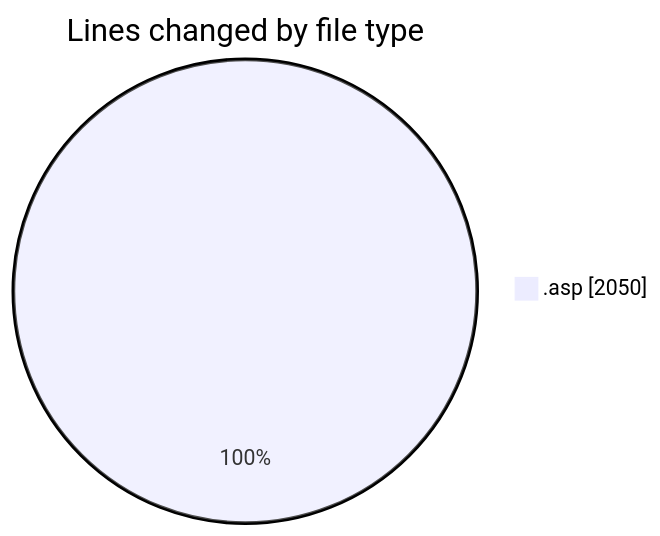
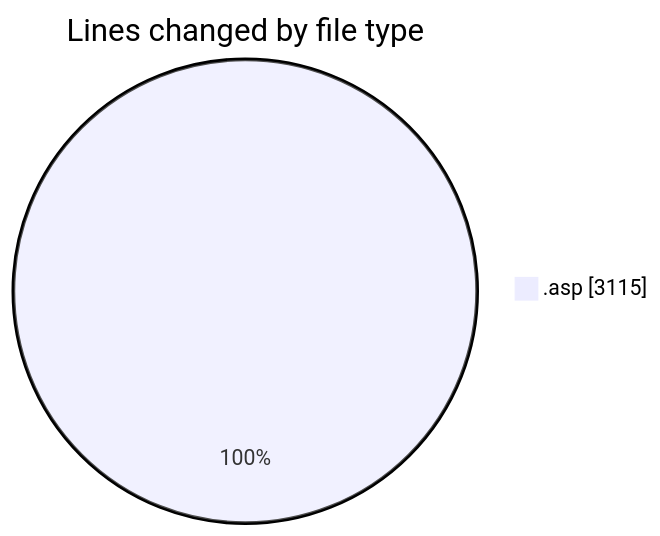
One commit to julien-gomy/code-tracking changed the first of 2 diagrams in 2025-11-01/cdp_aleoudev_fr__workspace_/README.md. Above: the diagram before and after it, drawn with Mermaid. The commit also changed other lines of this file and 1 other file, not shown here.

````diff
--- a/2025-11-01/cdp_aleoudev_fr__workspace_/README.md
+++ b/2025-11-01/cdp_aleoudev_fr__workspace_/README.md
@@ -24,5 +24,5 @@
 ```mermaid
 pie showData
 title Lines changed by file type
-".asp" : 2050
+".asp" : 3115
 ```
````
